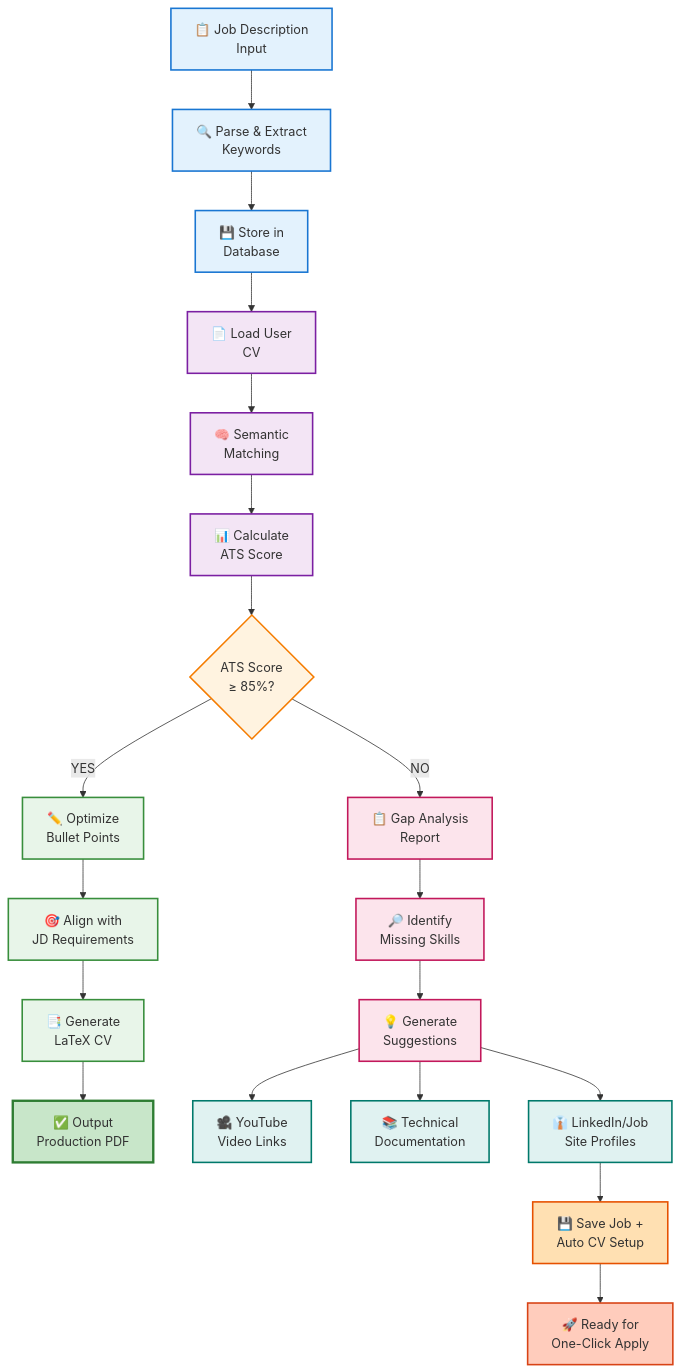
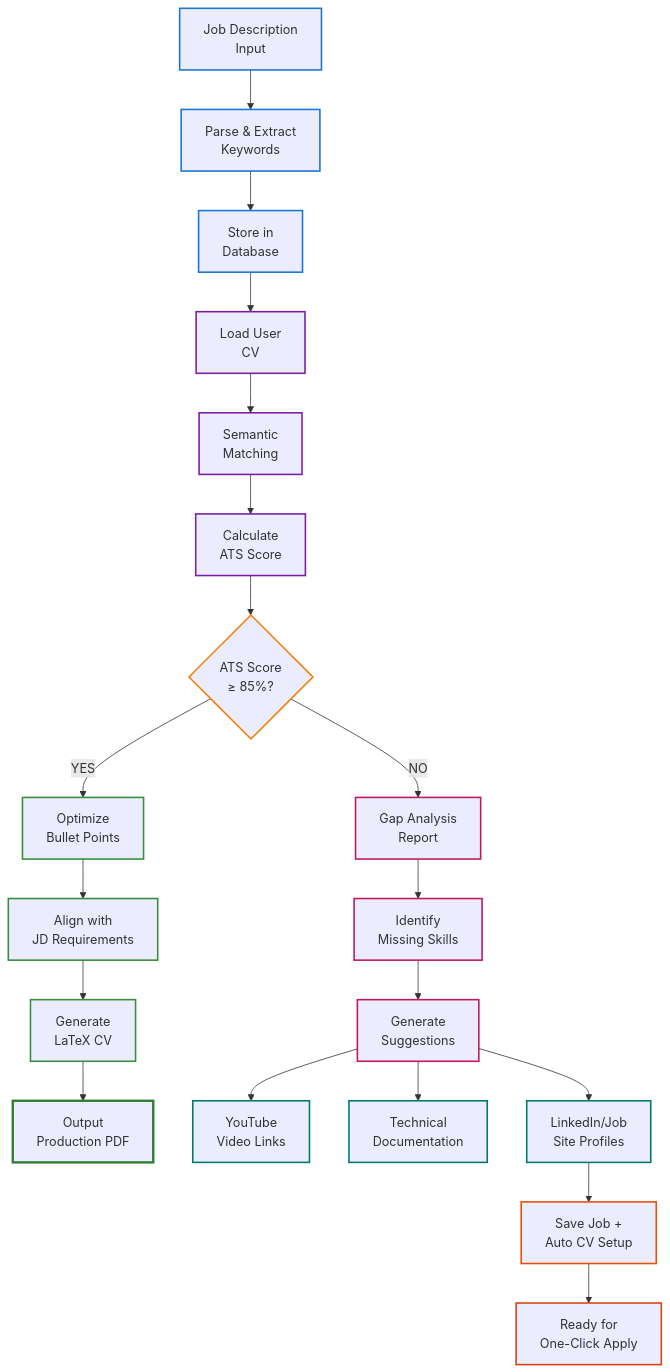
One commit to Kaviya242709/Resume-Builder- changed the second of 2 diagrams in README.md. Above: the diagram before and after it, drawn with Mermaid. The commit also changed other lines of this file, not shown here.

````diff
--- a/README.md
+++ b/README.md
@@ -52,53 +51,53 @@
 ```mermaid
 graph TD
-    A["📋 Job Description<br/>Input"] --> B["🔍 Parse & Extract<br/>Keywords"]
-    B --> C["💾 Store in<br/>Database"]
+    A["Job Description<br/>Input"] --> B["Parse & Extract<br/>Keywords"]
+    B --> C["Store in<br/>Database"]
     
-    C --> D["📄 Load User<br/>CV"]
-    D --> E["🧠 Semantic<br/>Matching"]
-    E --> F["📊 Calculate<br/>ATS Score"]
+    C --> D["Load User<br/>CV"]
+    D --> E["Semantic<br/>Matching"]
+    E --> F["Calculate<br/>ATS Score"]
     
     F --> G{ATS Score<br/>≥ 85%?}
     
-    G -->|YES| H["✏️ Optimize<br/>Bullet Points"]
-    H --> I["🎯 Align with<br/>JD Requirements"]
-    I --> J["📑 Generate<br/>LaTeX CV"]
-    J --> K["✅ Output<br/>Production PDF"]
+    G -->|YES| H["Optimize<br/>Bullet Points"]
+    H --> I["Align with<br/>JD Requirements"]
+    I --> J["Generate<br/>LaTeX CV"]
+    J --> K["Output<br/>Production PDF"]
     
-    G -->|NO| L["📋 Gap Analysis<br/>Report"]
-    L --> M["🔎 Identify<br/>Missing Skills"]
-    M --> N["💡 Generate<br/>Suggestions"]
+    G -->|NO| L["Gap Analysis<br/>Report"]
+    L --> M["Identify<br/>Missing Skills"]
+    M --> N["Generate<br/>Suggestions"]
     
-    N --> O["🎥 YouTube<br/>Video Links"]
-    N --> P["📚 Technical<br/>Documentation"]
-    N --> Q["👔 LinkedIn/Job<br/>Site Profiles"]
+    N --> O["YouTube<br/>Video Links"]
+    N --> P["Technical<br/>Documentation"]
+    N --> Q["LinkedIn/Job<br/>Site Profiles"]
     
-    Q --> R["💾 Save Job +<br/>Auto CV Setup"]
-    R --> S["🚀 Ready for<br/>One-Click Apply"]
+    Q --> R["Save Job +<br/>Auto CV Setup"]
+    R --> S["Ready for<br/>One-Click Apply"]
     
-    style A fill:#e3f2fd,stroke:#1976d2,stroke-width:2px
-    style B fill:#e3f2fd,stroke:#1976d2,stroke-width:2px
-    style C fill:#e3f2fd,stroke:#1976d2,stroke-width:2px
+    style A stroke:#1976d2,stroke-width:2px
+    style B stroke:#1976d2,stroke-width:2px
+    style C stroke:#1976d2,stroke-width:2px
     
-    style D fill:#f3e5f5,stroke:#7b1fa2,stroke-width:2px
-    style E fill:#f3e5f5,stroke:#7b1fa2,stroke-width:2px
-    style F fill:#f3e5f5,stroke:#7b1fa2,stroke-width:2px
+    style D stroke:#7b1fa2,stroke-width:2px
+    style E stroke:#7b1fa2,stroke-width:2px
+    style F stroke:#7b1fa2,stroke-width:2px
     
-    style G fill:#fff3e0,stroke:#f57c00,stroke-width:2px
+    style G stroke:#f57c00,stroke-width:2px
     
-    style H fill:#e8f5e9,stroke:#388e3c,stroke-width:2px
-    style I fill:#e8f5e9,stroke:#388e3c,stroke-width:2px
-    style J fill:#e8f5e9,stroke:#388e3c,stroke-width:2px
-    style K fill:#c8e6c9,stroke:#2e7d32,stroke-width:3px
+    style H stroke:#388e3c,stroke-width:2px
+    style I stroke:#388e3c,stroke-width:2px
+    style J stroke:#388e3c,stroke-width:2px
+    style K stroke:#2e7d32,stroke-width:3px
     
-    style L fill:#fce4ec,stroke:#c2185b,stroke-width:2px
-    style M fill:#fce4ec,stroke:#c2185b,stroke-width:2px
-    style N fill:#fce4ec,stroke:#c2185b,stroke-width:2px
+    style L stroke:#c2185b,stroke-width:2px
+    style M stroke:#c2185b,stroke-width:2px
+    style N stroke:#c2185b,stroke-width:2px
     
-    style O fill:#e0f2f1,stroke:#00796b,stroke-width:2px
-    style P fill:#e0f2f1,stroke:#00796b,stroke-width:2px
-    style Q fill:#e0f2f1,stroke:#00796b,stroke-width:2px
+    style O stroke:#00796b,stroke-width:2px
+    style P stroke:#00796b,stroke-width:2px
+    style Q stroke:#00796b,stroke-width:2px
     
-    style R fill:#ffe0b2,stroke:#e65100,stroke-width:2px
-    style S fill:#ffccbc,stroke:#d84315,stroke-width:2px
+    style R stroke:#e65100,stroke-width:2px
+    style S stroke:#d84315,stroke-width:2px
 ```
````
